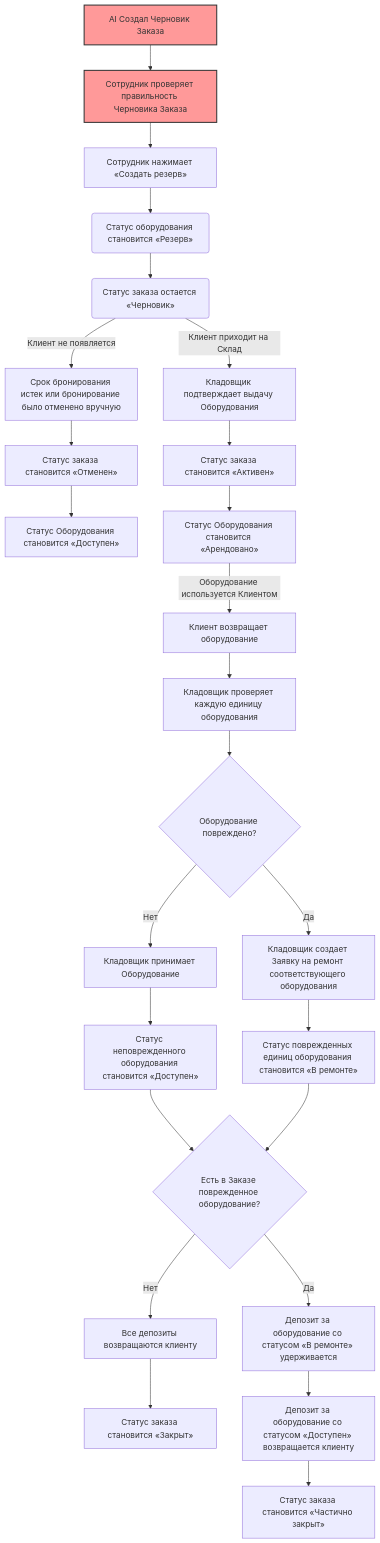
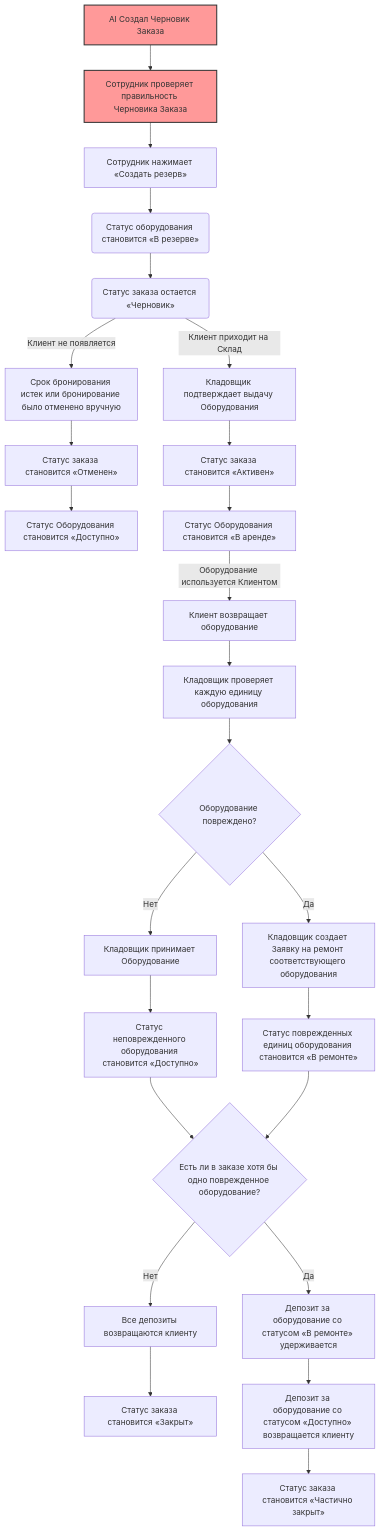
Before and after one commit to Diamko94/rentals1: the diagram in flowchart4.md, drawn with Mermaid.

````diff
--- a/flowchart4.md
+++ b/flowchart4.md
@@ -1,45 +1,45 @@
 ```mermaid
 flowchart TD
 
  %% Выделение цветом
     style D0 fill:#ff9999,stroke:#333,stroke-width:2px
     style D00 fill:#ff9999,stroke:#333,stroke-width:2px
 
   
 
     %% Подтверждение
     D0[AI Создал Черновик Заказа]
     D0 --> D00[Сотрудник проверяет правильность Черновика Заказа]
 
     D00 --> D1[Сотрудник нажимает «Создать резерв»]
-    D1 --> B(Статус оборудования становится «Резерв»)
+    D1 --> B(Статус оборудования становится «В резерве»)
     B --> B1(Статус заказа остается «Черновик»)
 
 
     %% Выдача
     B1 --> |Клиент приходит на Склад| I[Кладовщик подтверждает выдачу Оборудования]
     B1 --> |Клиент не появляется| E[Срок бронирования истек или бронирование было отменено вручную]
     E --> F[Статус заказа становится «Отменен»]
     I --> J[Статус заказа становится «Активен»]
-    F --> C[Статус Оборудования становится «Доступен»]
-    J --> X[Статус Оборудования становится «Арендовано»]
+    F --> C[Статус Оборудования становится «Доступно»]
+    J --> X[Статус Оборудования становится «В аренде»]
 
     %% Возврат
     X --> |Оборудование используется Клиентом| K[Клиент возвращает оборудование]
     K --> L[Кладовщик проверяет каждую единицу оборудования]
     L --> M{Оборудование повреждено?}
     
     M --> |Да| P[Кладовщик создает Заявку на ремонт соответствующего оборудования]
     P --> R[Статус поврежденных единиц оборудования становится «В ремонте»]
     M --> |Нет| P1[Кладовщик принимает Оборудование]
-    P1 --> T[Статус неповрежденного оборудования становится «Доступен»]
+    P1 --> T[Статус неповрежденного оборудования становится «Доступно»]
 
     %% Расчет
-    T --> N{Есть в Заказе поврежденное оборудование?}
+    T --> N{Есть ли в заказе хотя бы одно поврежденное оборудование?}
     R --> N
     N --> |Нет| Q[Все депозиты возвращаются клиенту]
     Q --> V[Статус заказа становится «Закрыт»]
     N --> |Да| S[Депозит за оборудование со статусом «В ремонте» удерживается]
-    S --> U[Депозит за оборудование со статусом «Доступен» возвращается клиенту]
+    S --> U[Депозит за оборудование со статусом «Доступно» возвращается клиенту]
     U --> W[Статус заказа становится «Частично закрыт»]
 ```
````
